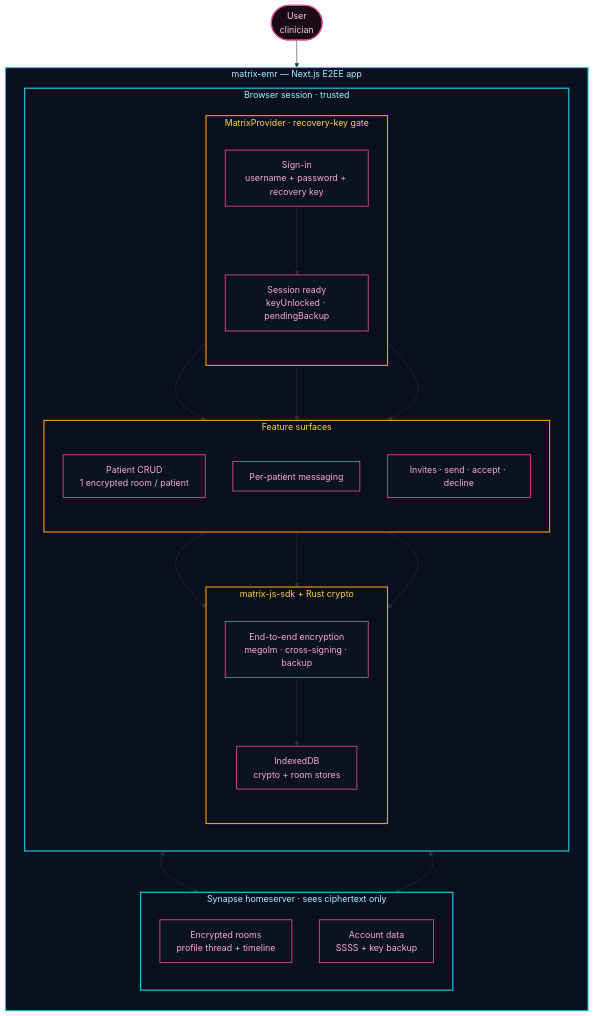
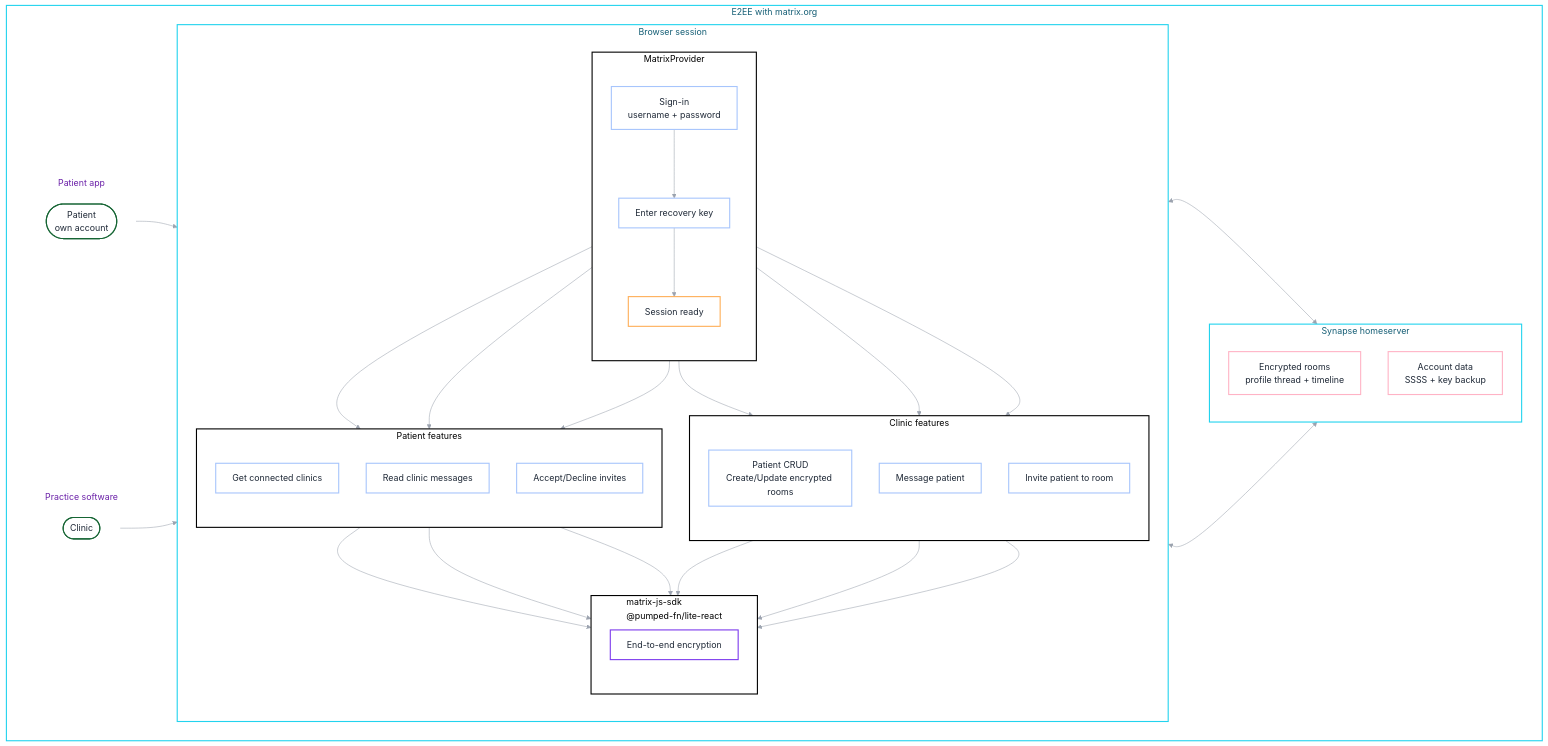
One commit to quochuydev/matrix-e2e-emr changed the first of 2 diagrams in README.md. Above: the diagram before and after it, drawn with Mermaid.

Commit message:
docs: redesign architecture diagram with clinic/patient POVs

````diff
--- a/README.md
+++ b/README.md
@@ -9,59 +9,92 @@
 ```mermaid
-flowchart TB
-    User(["User<br/>clinician"]):::userNode
+%%{init: {'theme':'base', 'themeVariables': {'background':'#ffffff','primaryTextColor':'#1f2937','lineColor':'#9ca3af','clusterBkg':'#ffffff','clusterBorder':'#ffffff'}}}%%
 
-    subgraph App["matrix-emr — Next.js E2EE app"]
-        direction TB
+flowchart LR
+    subgraph App["E2EE with matrix.org"]
+        direction LR
 
-        subgraph BrowserZone["Browser session · trusted"]
+        subgraph ClinicPOV["Practice software"]
+            direction TB
+            Clinic(["Clinic"]):::actor
+        end
+
+        subgraph PatientPOV["Patient app"]
+            direction TB
+            Patient(["Patient<br/>own account"]):::actor
+        end
+
+        subgraph BrowserZone["Browser session"]
             direction TB
 
-            subgraph Gate["MatrixProvider · recovery-key gate"]
+            subgraph Gate["MatrixProvider"]
                 direction TB
-                SignIn["Sign-in<br/>username + password + recovery key"]:::leaf
-                Ready["Session ready<br/>keyUnlocked · pendingBackup"]:::leaf
+                SignIn["Sign-in<br/>username + password"]:::command
+                RecoveryKey["Enter recovery key"]:::command
+                Ready["Session ready"]:::event
+                SignIn --> RecoveryKey
+                RecoveryKey --> Ready
             end
 
-            subgraph Sdk["matrix-js-sdk + Rust crypto"]
+            subgraph Sdk["matrix-js-sdk<br/>@pumped-fn/lite-react"]
                 direction TB
-                Crypto["End-to-end encryption<br/>megolm · cross-signing · backup"]:::leaf
-                Store["IndexedDB<br/>crypto + room stores"]:::leaf
+                Crypto["End-to-end encryption"]:::policy
             end
 
-            subgraph Features["Feature surfaces"]
+            subgraph ClinicFeatures["Clinic features"]
                 direction TB
-                Patients["Patient CRUD<br/>1 encrypted room / patient"]:::leaf
-                Messaging["Per-patient messaging"]:::leaf
-                Invites["Invites · send · accept · decline"]:::leaf
+                PatientCRUD["Patient CRUD<br/>Create/Update encrypted rooms"]:::command
+                ClinicMsg["Message patient"]:::command
+                SendInvite["Invite patient to room"]:::command
+            end
+
+            subgraph PatientFeatures["Patient features"]
+                direction TB
+                ViewHolders["Get connected clinics"]:::command
+                ReadMsg["Read clinic messages"]:::command
+                RespondInvite["Accept/Decline invites"]:::command
             end
         end
 
-        subgraph SynapseZone["Synapse homeserver · sees ciphertext only"]
+        subgraph SynapseZone["Synapse homeserver"]
             direction TB
-            Rooms["Encrypted rooms<br/>profile thread + timeline"]:::leaf
-            Account["Account data<br/>SSSS + key backup"]:::leaf
+            Rooms["Encrypted rooms<br/>profile thread + timeline"]:::external_system
+            Account["Account data<br/>SSSS + key backup"]:::external_system
         end
     end
 
-    User --> SignIn
-    SignIn --> Ready
-    Ready --> Patients
-    Ready --> Messaging
-    Ready --> Invites
-    Patients --> Crypto
-    Messaging --> Crypto
-    Invites --> Crypto
-    Crypto --> Store
+    Clinic --> SignIn
+    Patient --> SignIn
+    Ready --> PatientCRUD
+    Ready --> ClinicMsg
+    Ready --> SendInvite
+    Ready --> ViewHolders
+    Ready --> ReadMsg
+    Ready --> RespondInvite
+    PatientCRUD --> Crypto
+    ClinicMsg --> Crypto
+    SendInvite --> Crypto
+    ViewHolders --> Crypto
+    ReadMsg --> Crypto
+    RespondInvite --> Crypto
     Crypto <--> Rooms
     Crypto <--> Account
 
-    classDef leaf fill:#0b1220,stroke:#ec4899,stroke-width:1.5px,color:#f9a8d4
-    classDef userNode fill:#1a0a14,stroke:#ec4899,stroke-width:2px,color:#fbcfe8
+    classDef actor fill:#ffffff,stroke:#166534,stroke-width:2px,color:#1f2937
+    classDef command fill:#ffffff,stroke:#a7c5fc,stroke-width:2px,color:#1f2937
+    classDef event fill:#ffffff,stroke:#feae57,stroke-width:2px,color:#1f2937
+    classDef policy fill:#ffffff,stroke:#7c3aed,stroke-width:2px,color:#1f2937
+    classDef reaction_policy fill:#ffffff,stroke:#da99e6,stroke-width:2px,color:#1f2937
+    classDef read_model fill:#ffffff,stroke:#b0deb3,stroke-width:2px,color:#1f2937
+    classDef ui fill:#ffffff,stroke:#f5f6f8,stroke-width:2px,color:#1f2937
+    classDef external_system fill:#ffffff,stroke:#ffb3c5,stroke-width:2px,color:#1f2937
 
-    style App fill:#0a0f1e,stroke:#22d3ee,stroke-width:2px,color:#a5f3fc
-    style BrowserZone fill:#0a0f1e,stroke:#22d3ee,stroke-width:2px,color:#a5f3fc
-    style SynapseZone fill:#0a0f1e,stroke:#22d3ee,stroke-width:2px,color:#a5f3fc
-    style Gate fill:#0a0f1e,stroke:#f59e0b,stroke-width:2px,color:#fcd34d
-    style Sdk fill:#0a0f1e,stroke:#f59e0b,stroke-width:2px,color:#fcd34d
-    style Features fill:#0a0f1e,stroke:#f59e0b,stroke-width:2px,color:#fcd34d
+    style ClinicPOV fill:#ffffff,stroke:#ffffff,stroke-width:0px,color:#6b21a8
+    style PatientPOV fill:#ffffff,stroke:#ffffff,stroke-width:0px,color:#6b21a8
+    style App fill:#ffffff,stroke:#22d3ee,stroke-width:2px,color:#155e75
+    style BrowserZone fill:#ffffff,stroke:#22d3ee,stroke-width:2px,color:#155e75
+    style SynapseZone fill:#ffffff,stroke:#22d3ee,stroke-width:2px,color:#155e75
+    style Gate fill:#ffffff,stroke:#000000,stroke-width:2px,color:#000000
+    style Sdk fill:#ffffff,stroke:#000000,stroke-width:2px,color:#000000
+    style ClinicFeatures fill:#ffffff,stroke:#000000,stroke-width:2px,color:#000000
+    style PatientFeatures fill:#ffffff,stroke:#000000,stroke-width:2px,color:#000000
 ```
````
